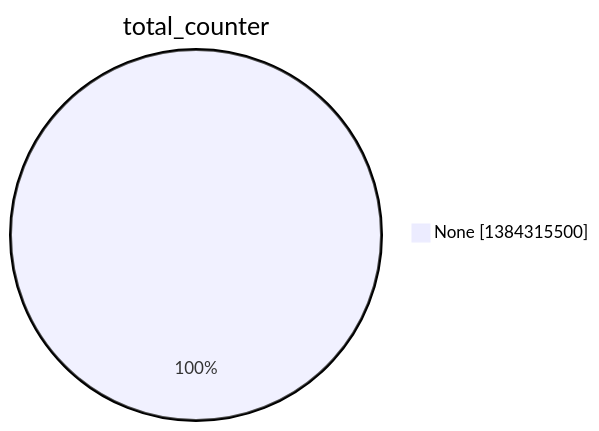
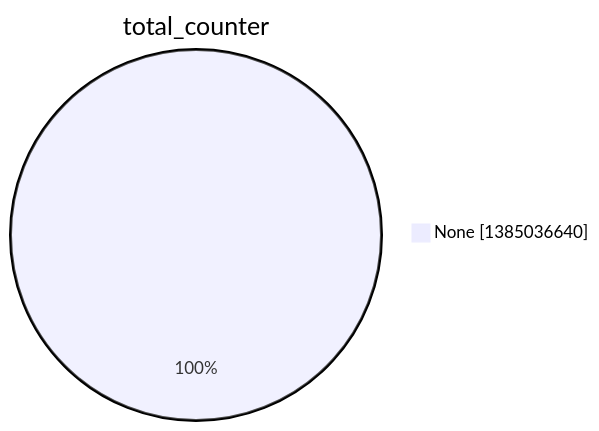
Before and after one commit to christiankrug/ctmonitor_visualization: the second of 15 diagrams in argon2022/README.md, drawn with Mermaid. The commit also changed other lines of this file, not shown here.

````diff
--- a/argon2022/README.md
+++ b/argon2022/README.md
@@ -9,5 +9,5 @@
 ```mermaid
 pie showData
 title total_counter
-"None" :1384315500
+"None" :1385036640
 ```
````
